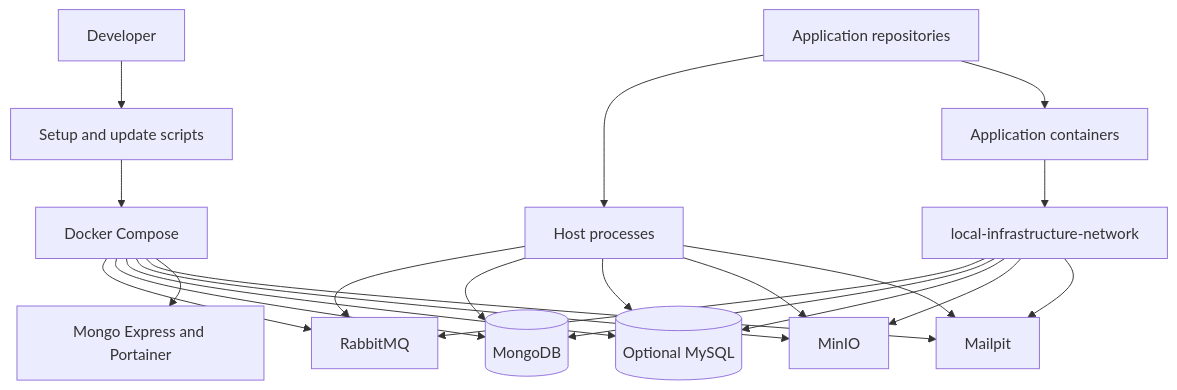
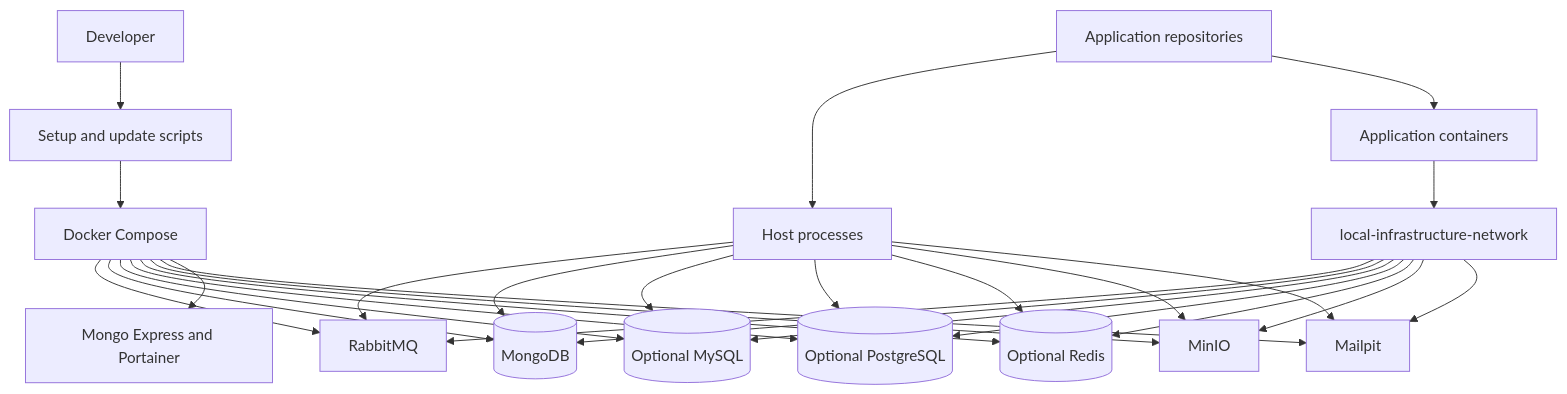
The diagram in README.en.md (AlexZuniga10/local_infrastructure), drawn with Mermaid before and after one commit. The commit also changed other lines of this file and 7 other files, not shown here.

````diff
--- a/README.en.md
+++ b/README.en.md
@@ -253,24 +265,30 @@
 ```mermaid
 flowchart TD
     DEV[Developer] --> SETUP[Setup and update scripts]
     SETUP --> INFRA[Docker Compose]
     APPS[Application repositories] --> HOST[Host processes]
     APPS --> CONTAINERS[Application containers]
     INFRA --> MQ[RabbitMQ]
     INFRA --> DB[(MongoDB)]
     INFRA --> SQL[(Optional MySQL)]
+    INFRA --> PG[(Optional PostgreSQL)]
+    INFRA --> CACHE[(Optional Redis)]
     INFRA --> STORAGE[MinIO]
     INFRA --> MAIL[Mailpit]
     INFRA --> TOOLS[Mongo Express and Portainer]
     HOST --> MQ
     HOST --> DB
     HOST --> SQL
+    HOST --> PG
+    HOST --> CACHE
     HOST --> STORAGE
     HOST --> MAIL
     CONTAINERS --> NETWORK[local-infrastructure-network]
     NETWORK --> MQ
     NETWORK --> DB
     NETWORK --> SQL
+    NETWORK --> PG
+    NETWORK --> CACHE
     NETWORK --> STORAGE
     NETWORK --> MAIL
 ```
````
